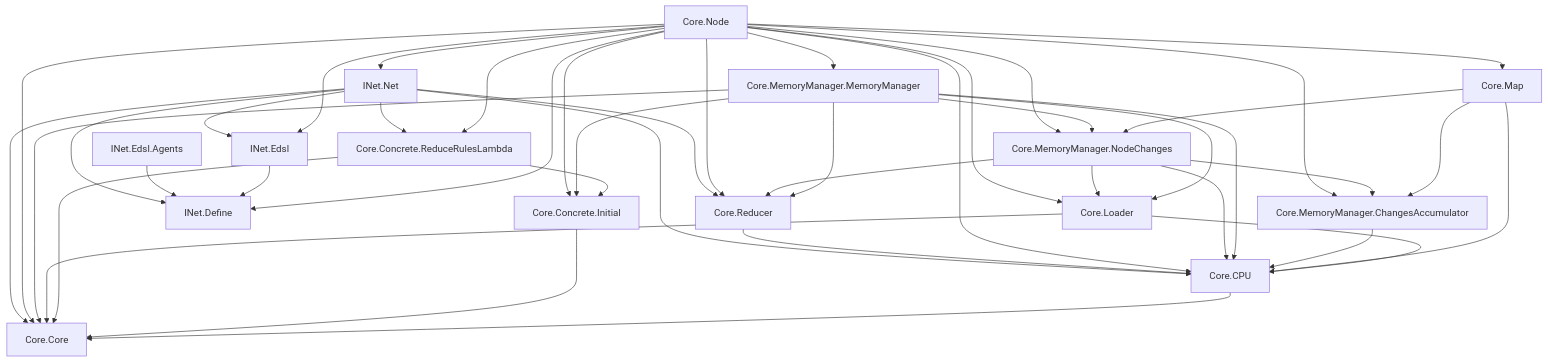
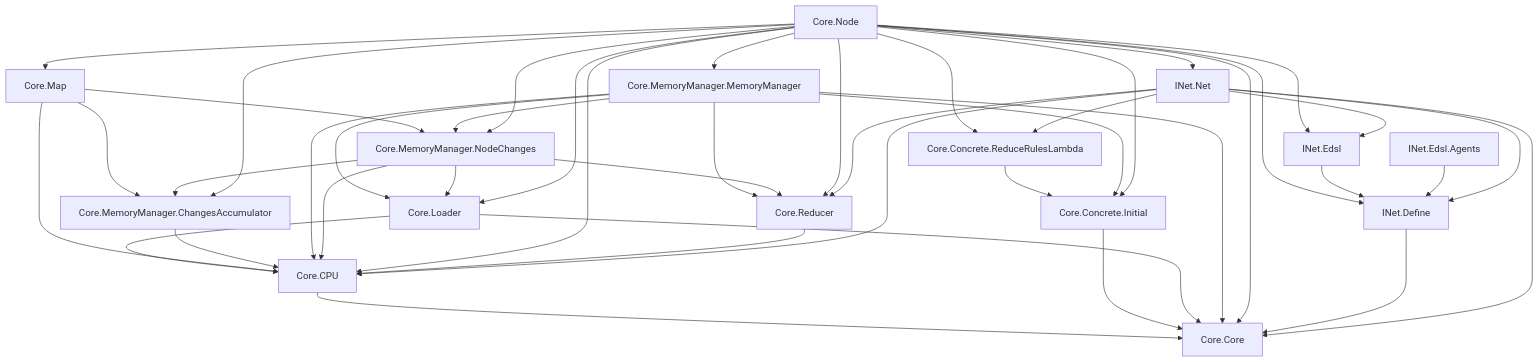
One commit to Lamagraph/interaction-nets-in-fpga changed the diagram in lamagraph-core/docs/module-graph.generated.md. Above: the diagram before and after it, drawn with Mermaid. The commit also changed 12 other files, not shown here.

First line of the commit message:
feat(core): synthesize EDSL rules in topEntity

````diff
--- a/lamagraph-core/docs/module-graph.generated.md
+++ b/lamagraph-core/docs/module-graph.generated.md
@@ -3,45 +3,45 @@
 ```mermaid
 flowchart TD
     Core.Concrete.ReduceRulesLambda --> Core.Concrete.Initial
     Core.MemoryManager.MemoryManager --> Core.Concrete.Initial
     Core.Node --> Core.Concrete.Initial
     Core.Node --> Core.Concrete.ReduceRulesLambda
     INet.Net --> Core.Concrete.ReduceRulesLambda
     Core.CPU --> Core.Core
     Core.Concrete.Initial --> Core.Core
-    Core.Concrete.ReduceRulesLambda --> Core.Core
     Core.Loader --> Core.Core
     Core.MemoryManager.MemoryManager --> Core.Core
     Core.Node --> Core.Core
+    INet.Define --> Core.Core
     INet.Net --> Core.Core
     Core.Loader --> Core.CPU
     Core.Map --> Core.CPU
     Core.MemoryManager.ChangesAccumulator --> Core.CPU
     Core.MemoryManager.MemoryManager --> Core.CPU
     Core.MemoryManager.NodeChanges --> Core.CPU
     Core.Node --> Core.CPU
     Core.Reducer --> Core.CPU
     INet.Net --> Core.CPU
     Core.MemoryManager.MemoryManager --> Core.Loader
     Core.MemoryManager.NodeChanges --> Core.Loader
     Core.Node --> Core.Loader
     Core.Node --> Core.Map
     Core.Map --> Core.MemoryManager.ChangesAccumulator
     Core.MemoryManager.NodeChanges --> Core.MemoryManager.ChangesAccumulator
     Core.Node --> Core.MemoryManager.ChangesAccumulator
     Core.Node --> Core.MemoryManager.MemoryManager
     Core.Map --> Core.MemoryManager.NodeChanges
     Core.MemoryManager.MemoryManager --> Core.MemoryManager.NodeChanges
     Core.Node --> Core.MemoryManager.NodeChanges
     Core.MemoryManager.MemoryManager --> Core.Reducer
     Core.MemoryManager.NodeChanges --> Core.Reducer
     Core.Node --> Core.Reducer
     INet.Net --> Core.Reducer
     Core.Node --> INet.Define
     INet.Edsl --> INet.Define
     INet.Edsl.Agents --> INet.Define
     INet.Net --> INet.Define
     Core.Node --> INet.Edsl
     INet.Net --> INet.Edsl
     Core.Node --> INet.Net
 ```
````
